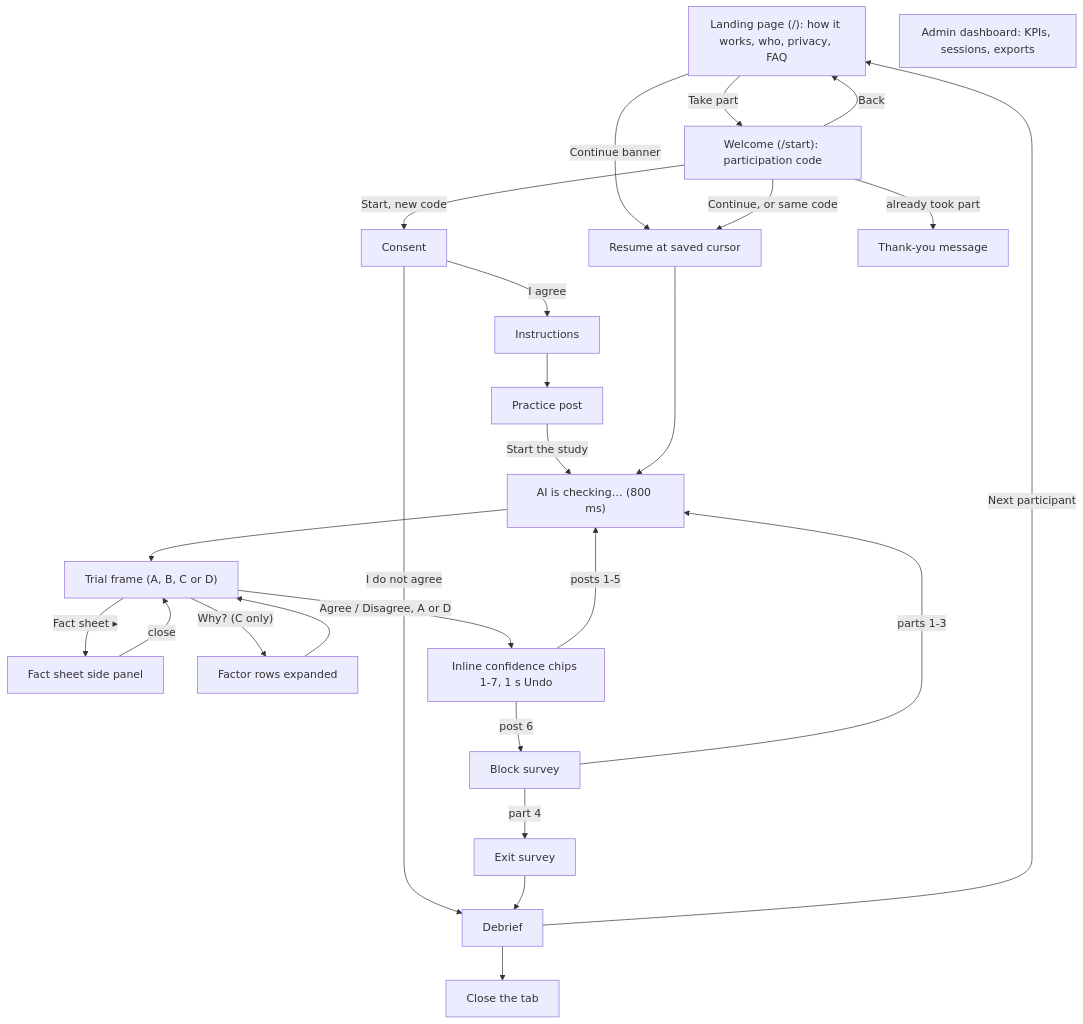
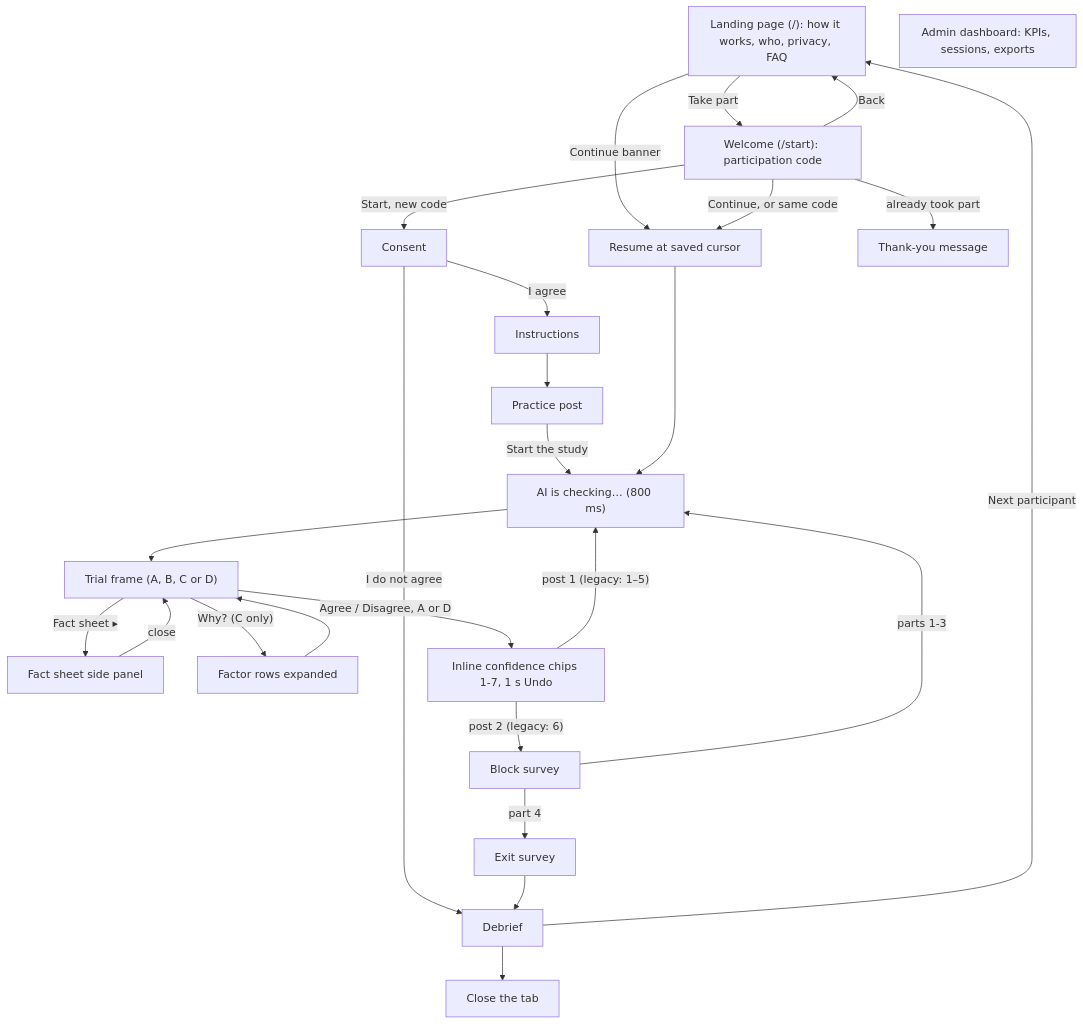
Before and after one commit to bibekgupta3333/HCI: the diagram in docs/wireframes.md, drawn with Mermaid. The commit also changed other lines of this file and 43 other files, not shown here.

````diff
--- a/docs/wireframes.md
+++ b/docs/wireframes.md
@@ -692,28 +713,28 @@
 ```mermaid
 flowchart TD
     Landing["Landing page (/): how it works, who, privacy, FAQ"] -->|"Take part"| Welcome["Welcome (/start): participation code"]
     Landing -->|"Continue banner"| Resume["Resume at saved cursor"]
     Welcome -->|"Back"| Landing
     Welcome -->|"Start, new code"| Consent
     Welcome -->|"Continue, or same code"| Resume
     Welcome -->|"already took part"| Thanks["Thank-you message"]
     Consent -->|"I do not agree"| Debrief
     Consent -->|"I agree"| Instr["Instructions"]
     Instr --> Practice["Practice post"]
     Practice -->|"Start the study"| Checking["AI is checking… (800 ms)"]
     Checking --> Trial["Trial frame (A, B, C or D)"]
     Trial -->|"Fact sheet ▸"| Fact["Fact sheet side panel"]
     Fact -->|"close"| Trial
     Trial -->|"Why? (C only)"| Factors["Factor rows expanded"]
     Factors --> Trial
     Trial -->|"Agree / Disagree, A or D"| Conf["Inline confidence chips 1-7, 1 s Undo"]
-    Conf -->|"posts 1-5"| Checking
-    Conf -->|"post 6"| Survey["Block survey"]
+    Conf -->|"post 1 (legacy: 1–5)"| Checking
+    Conf -->|"post 2 (legacy: 6)"| Survey["Block survey"]
     Survey -->|"parts 1-3"| Checking
     Survey -->|"part 4"| Exit["Exit survey"]
     Exit --> Debrief
     Resume --> Checking
     Debrief -->|"Next participant"| Landing
     Debrief --> End["Close the tab"]
     Admin["Admin dashboard: KPIs, sessions, exports"]
 ```
````
